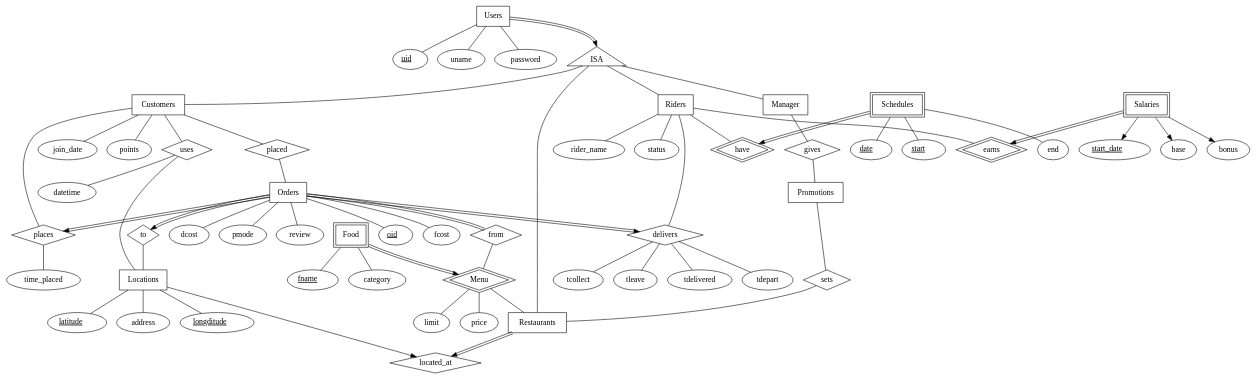
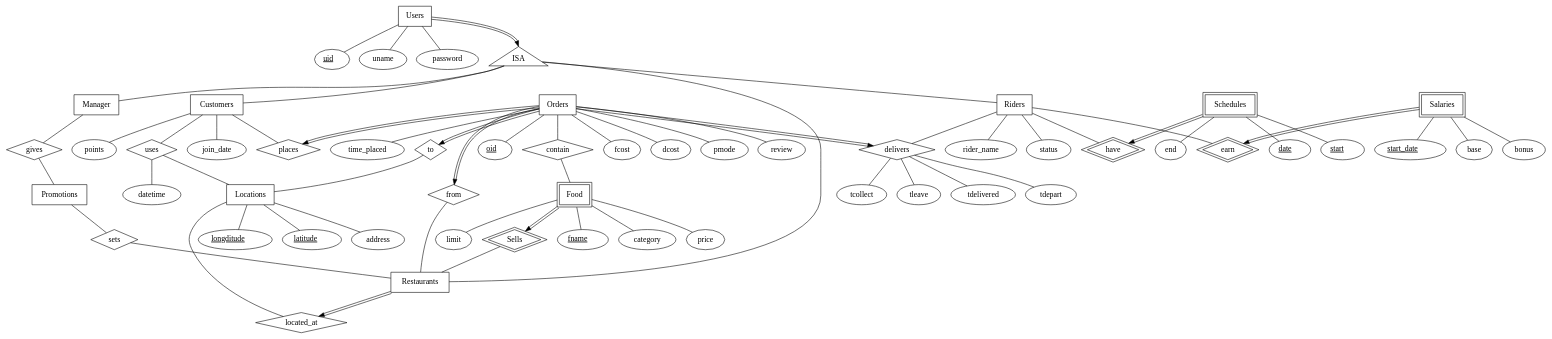
Before and after one commit to AY1920S2-CS2102-Team16/Food-Delivery-Service: the diagram in ER.dot, drawn with Graphviz. The commit also changed 1 other file, not shown here.

Commit message:
Fix the order, from and contain

```diff
--- a/ER.dot
+++ b/ER.dot
@@ -1,116 +1,116 @@
 digraph G {
     
   Users [shape=box]
     uid [label=<<u> uid </u>>]
     Users -> uid [arrowhead=none]
     Users -> uname [arrowhead=none]
     Users -> password [arrowhead=none]
   
   
   ISA [shape=triangle]
   
   
   Manager [shape=box]
   gives [shape=diamond]
   Promotions [shape=box]
   sets [shape=diamond]
   
   
   Restaurants [shape=box]
-  Menu [shape=diamond peripheries=2]
-    Menu -> limit [arrowhead=none]
-    Menu -> price [arrowhead=none]
+  Sells [shape=diamond peripheries=2]
   Food [shape=box peripheries=2]
     fname [label=<<u> fname </u>>]
     Food -> fname [arrowhead=none]
     Food -> category [arrowhead=none]
+    Food -> price [arrowhead=none]
+    Food -> limit [arrowhead=none]
   located_at [shape=diamond]
   
   Locations [shape=box]
     lon [label=<<u> longditude </u>>]
     lat [label=<<u> latitude </u>>]
     Locations -> lon [arrowhead=none]
     Locations -> lat [arrowhead=none]
     Locations -> address [arrowhead=none]
   
   Customers [shape=box]
     Customers -> join_date [arrowhead=none]
     Customers -> points [arrowhead=none]
   uses [shape=diamond]
     uses -> datetime [arrowhead=none]
-  placed [shape=diamond]
   places [shape=diamond]
-    places -> time_placed [arrowhead=none]
   Orders [shape=box]
     oid [label=<<u> oid </u>>]
     Orders -> oid [arrowhead=none]
     Orders -> fcost [arrowhead=none]
     Orders -> dcost [arrowhead=none]
     Orders -> pmode [arrowhead=none]
     Orders -> review [arrowhead=none]
+    Orders -> time_placed [arrowhead=none]
   from [shape=diamond]
   to [shape=diamond]
+  contain [shape=diamond]
     
   Riders [shape=box]
     Riders -> rider_name [arrowhead=none]
     Riders -> status [arrowhead=none]
   delivers [shape=diamond]
     delivers -> tdepart [arrowhead=none]
     delivers -> tcollect [arrowhead=none]
     delivers -> tleave [arrowhead=none]
     delivers -> tdelivered [arrowhead=none]
   have [shape=diamond peripheries=2]
   Schedules [shape=box peripheries=2]
     Schdate [label=<<u> date </u>>]
     Schstart [label=<<u> start </u>>]
     Schedules -> Schdate [arrowhead=none]
     Schedules -> Schstart [arrowhead=none]
     Schedules -> end [arrowhead=none]
-  earns [shape=diamond peripheries=2]
+  earn [shape=diamond peripheries=2]
   Salaries [shape=box peripheries=2]
     start_date [label=<<u> start_date </u>>]
-    Salaries -> start_date
-    Salaries -> base
-    Salaries -> bonus
+    Salaries -> start_date [arrowhead=none]
+    Salaries -> base [arrowhead=none]
+    Salaries -> bonus [arrowhead=none]
     
   
   Users -> ISA [color="black:invis:black" headport=n]
   
   ISA -> Manager[arrowhead=none]
   ISA -> Restaurants[arrowhead=none]
   ISA -> Customers[arrowhead=none]
   ISA -> Riders[arrowhead=none]
   
   Manager -> gives [arrowhead=none]
   gives -> Promotions [arrowhead=none]
   
   
-  Food -> Menu [color="black:invis:black"]
-  Menu -> Restaurants [arrowhead=none]
+  Food -> Sells [color="black:invis:black"]
+  Sells -> Restaurants [arrowhead=none]
   
-  Locations -> located_at
+  Locations -> located_at [arrowhead=none]
   Restaurants -> located_at [color="black:invis:black"]
   Promotions -> sets [arrowhead=none]
   sets -> Restaurants [arrowhead=none]
   
-  
-  Customers -> placed [arrowhead=none]
-  placed -> Orders [arrowhead=none]
   Customers -> places [arrowhead=none]
   Orders -> places [color="black:invis:black"]
   Orders -> delivers [color="black:invis:black"]
   Customers -> uses [arrowhead=none]
   uses -> Locations [arrowhead=none]
   Orders -> to [color="black:invis:black"]
   to -> Locations [arrowhead=none]
-  Orders -> from [arrowhead=none color="black:invis:black"]
-  from -> Menu [arrowhead=none]
+  Orders -> from [color="black:invis:black"]
+  from -> Restaurants [arrowhead=none]
+  Orders -> contain [arrowhead=none]
+  contain -> Food [arrowhead=none]
+  
   
   
   Riders -> delivers [arrowhead=none]
   Riders -> have [arrowhead=none]
   Schedules -> have [color="black:invis:black"]
-  Salaries -> earns [color="black:invis:black"]
-  Riders -> earns [arrowhead=none]
+  Salaries -> earn [color="black:invis:black"]
+  Riders -> earn [arrowhead=none]
   
 }
```
